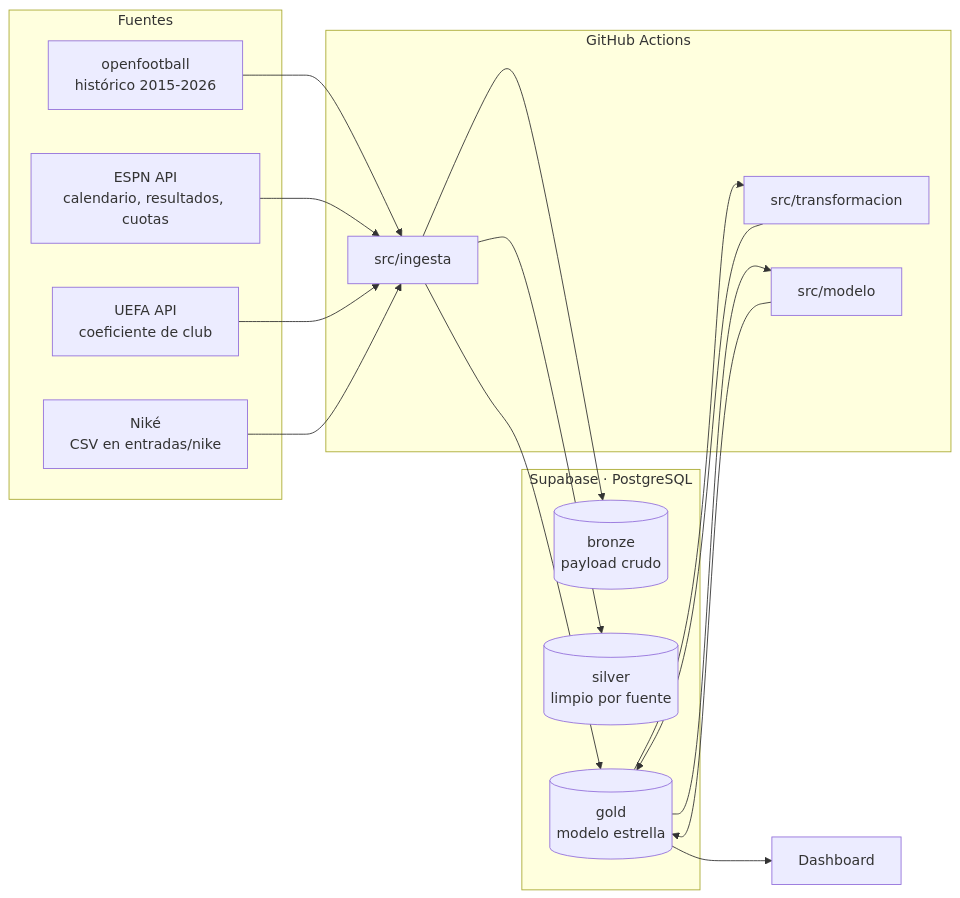
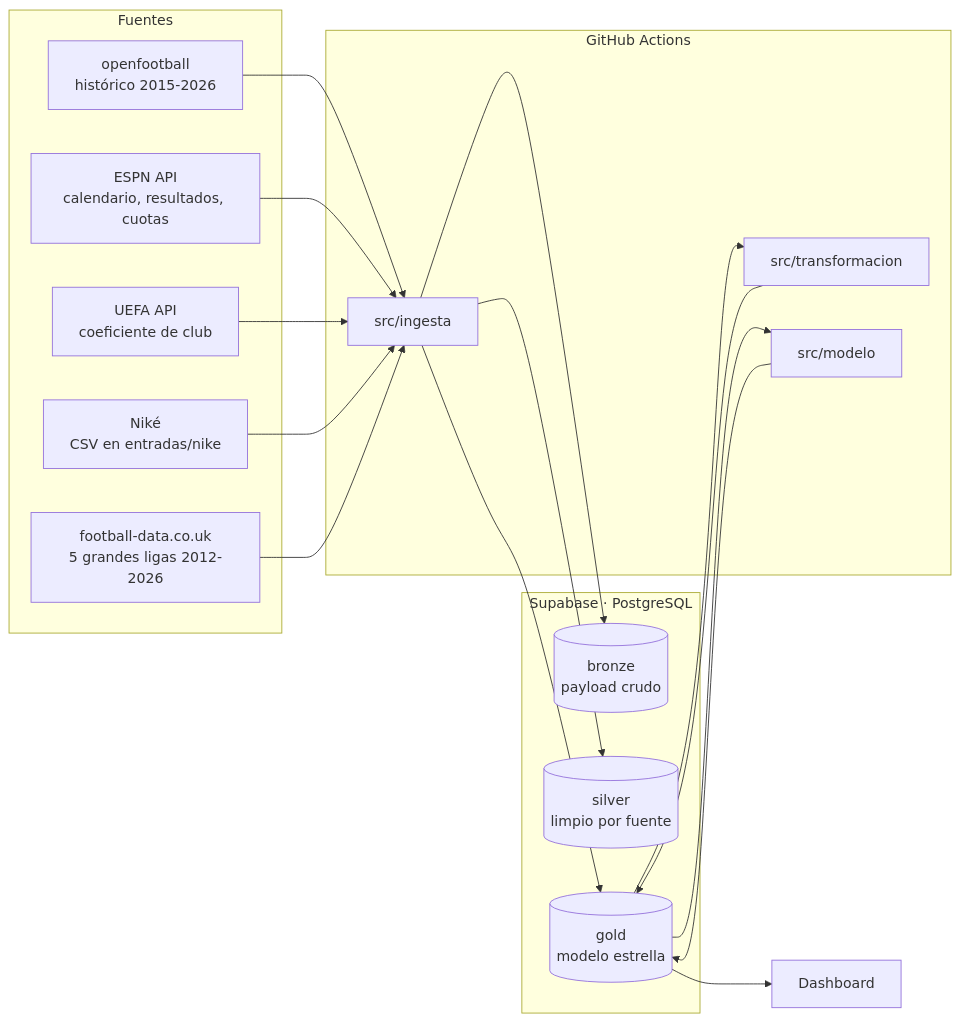
The diagram in README.es.md (choquerutheva-maker/ucl-data-platform), drawn with Mermaid before and after one commit. The commit also changed other lines of this file and 5 other files, not shown here.

First line of the commit message:
ingesta: 5 grandes ligas desde football-data.co.uk (DDL 012, loader, seed de 180 clubes y workflow diario)

````diff
--- a/README.es.md
+++ b/README.es.md
@@ -23,26 +23,27 @@
 ```mermaid
 flowchart LR
     subgraph Fuentes
         OF[openfootball<br/>histórico 2015-2026]
         ESPN[ESPN API<br/>calendario, resultados, cuotas]
         UEFA[UEFA API<br/>coeficiente de club]
         NK[Niké<br/>CSV en entradas/nike]
+        FD[football-data.co.uk<br/>5 grandes ligas 2012-2026]
     end
     subgraph GH[GitHub Actions]
         ING[src/ingesta]
         TR[src/transformacion]
         MOD[src/modelo]
     end
     subgraph SB[Supabase · PostgreSQL]
         B[(bronze<br/>payload crudo)]
         S[(silver<br/>limpio por fuente)]
         G[(gold<br/>modelo estrella)]
     end
-    OF & ESPN & UEFA & NK --> ING
+    OF & ESPN & UEFA & NK & FD --> ING
     ING --> B
     ING --> S
     ING --> G
     G --> TR --> G
     G --> MOD --> G
     G --> D[Dashboard]
 ```
````
